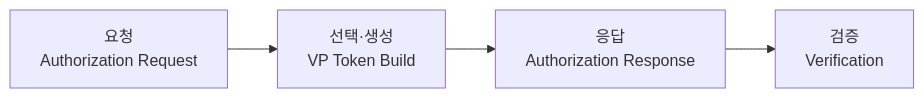
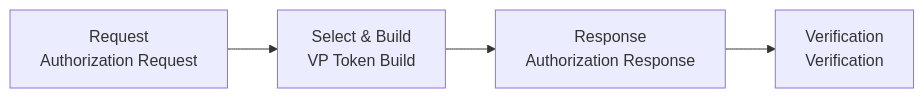
Before and after one commit to OmniOneID/poc-oid4vc: the first of 4 diagrams in docs/concepts/oid4vp/oid4vp_presentation_flow.md, drawn with Mermaid. The commit also changed other lines of this file and 29 other files, not shown here.

````diff
--- a/docs/concepts/oid4vp/oid4vp_presentation_flow.md
+++ b/docs/concepts/oid4vp/oid4vp_presentation_flow.md
@@ -35,6 +35,6 @@
 ```mermaid
 flowchart LR
-    A[요청<br/>Authorization Request] --> B[선택·생성<br/>VP Token Build]
-    B --> C[응답<br/>Authorization Response]
-    C --> D[검증<br/>Verification]
+    A[Request<br/>Authorization Request] --> B[Select & Build<br/>VP Token Build]
+    B --> C[Response<br/>Authorization Response]
+    C --> D[Verification<br/>Verification]
 ```
````
